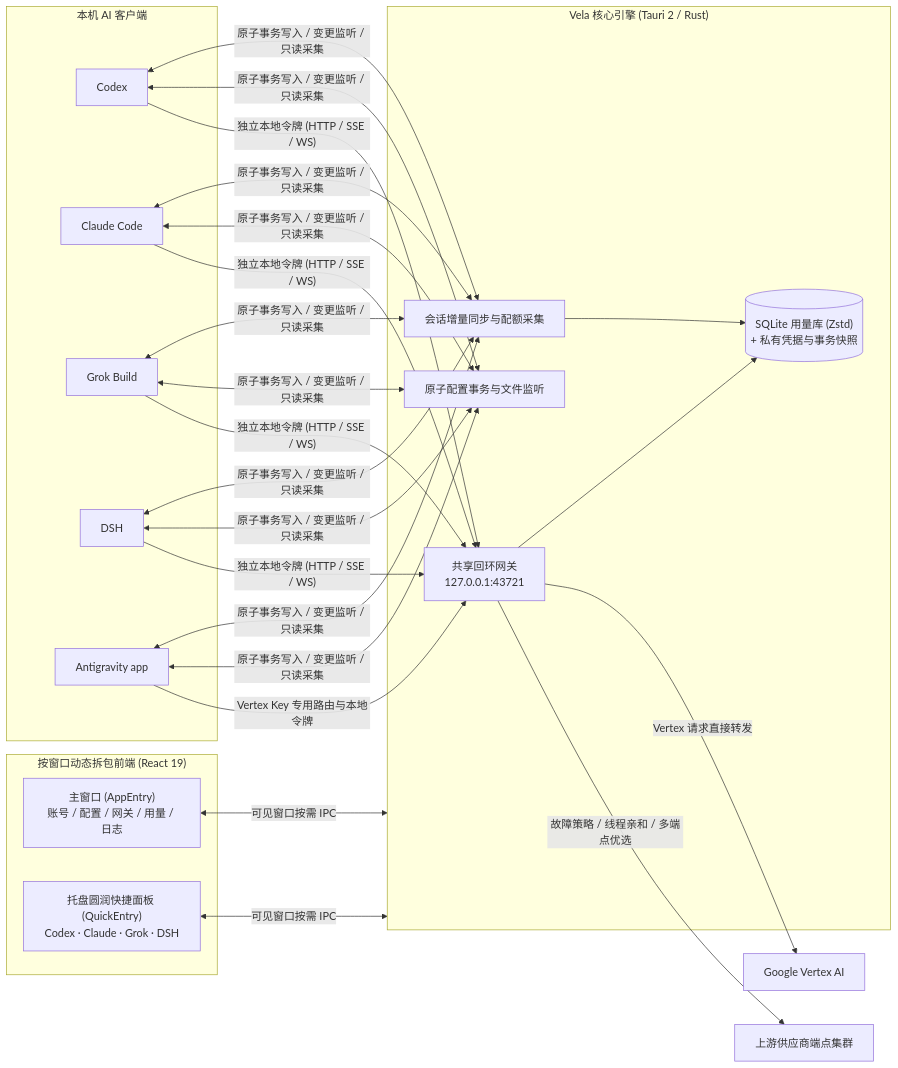
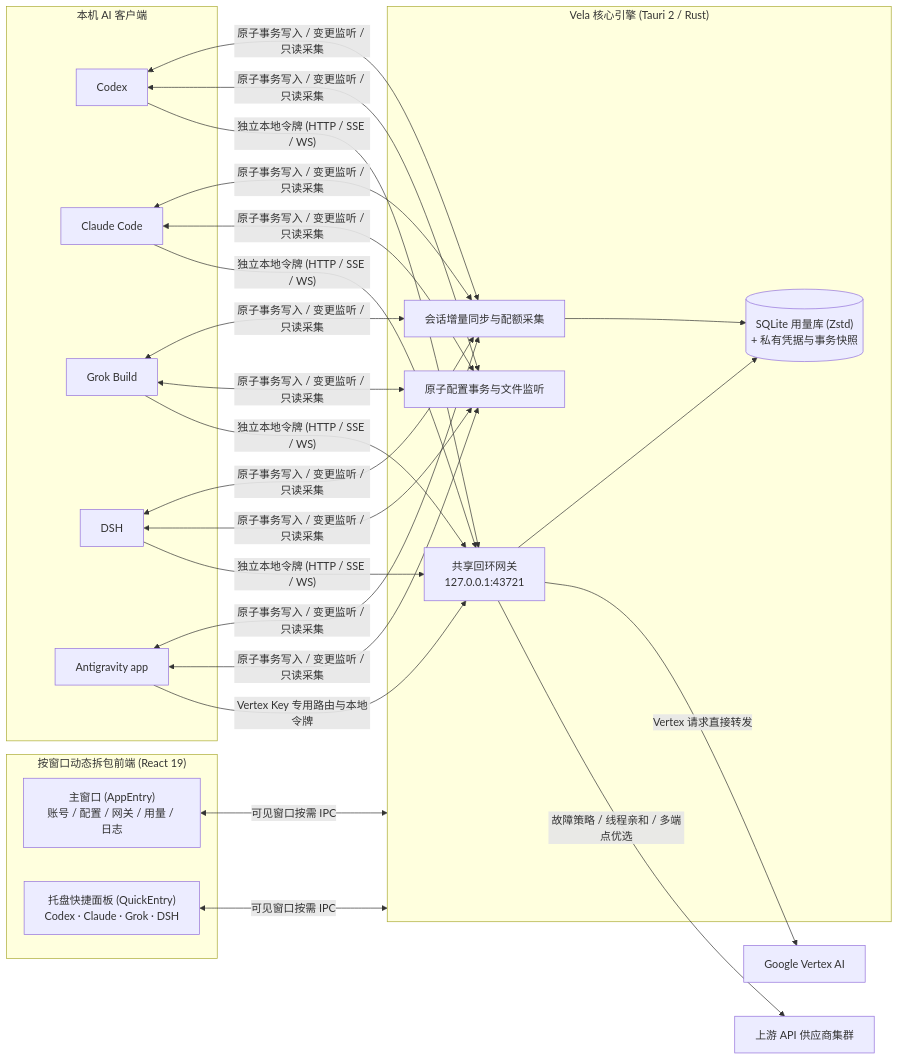
The diagram in README.md (lich13/lich13-switch), drawn with Mermaid before and after one commit. The commit also changed other lines of this file and 4 other files, not shown here.

````diff
--- a/README.md
+++ b/README.md
@@ -73,33 +78,33 @@
 ```mermaid
 flowchart LR
   subgraph Clients["本机 AI 客户端"]
     Codex["Codex"]
     Claude["Claude Code"]
     Grok["Grok Build"]
     DSH["DSH"]
     AG["Antigravity app"]
   end
 
   subgraph Core["Vela 核心引擎 (Tauri 2 / Rust)"]
     GW["共享回环网关\n127.0.0.1:43721"]
     Watch["原子配置事务与文件监听"]
     Sync["会话增量同步与配额采集"]
     DB[("SQLite 用量库 (Zstd)\n+ 私有凭据与事务快照")]
   end
 
   subgraph UI["按窗口动态拆包前端 (React 19)"]
     Main["主窗口 (AppEntry)\n账号 / 配置 / 网关 / 用量 / 日志"]
-    Quick["托盘圆润快捷面板 (QuickEntry)\nCodex · Claude · Grok · DSH"]
+    Quick["托盘快捷面板 (QuickEntry)\nCodex · Claude · Grok · DSH"]
   end
 
-  Upstreams["上游供应商端点集群"]
+  Upstreams["上游 API 供应商集群"]
   Vertex["Google Vertex AI"]
 
   Codex & Claude & Grok & DSH -->|"独立本地令牌 (HTTP / SSE / WS)"| GW
   GW -->|"故障策略 / 线程亲和 / 多端点优选"| Upstreams
   AG -->|"Vertex Key 专用路由与本地令牌"| GW
   GW -->|"Vertex 请求直接转发"| Vertex
   Codex & Claude & Grok & DSH & AG <-->|"原子事务写入 / 变更监听 / 只读采集"| Watch & Sync
   GW & Sync --> DB
   Main & Quick <-->|"可见窗口按需 IPC"| Core
 ```
````
